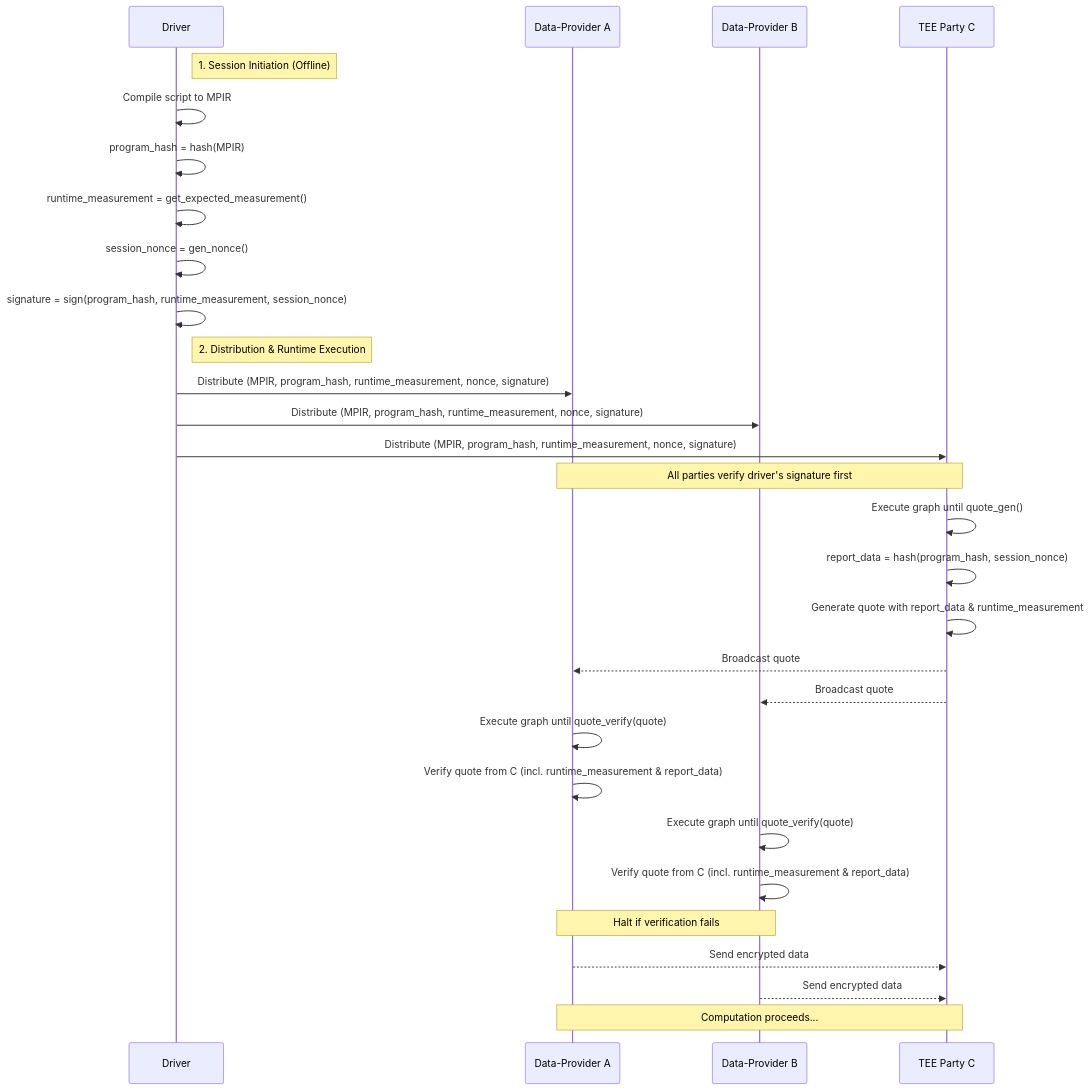
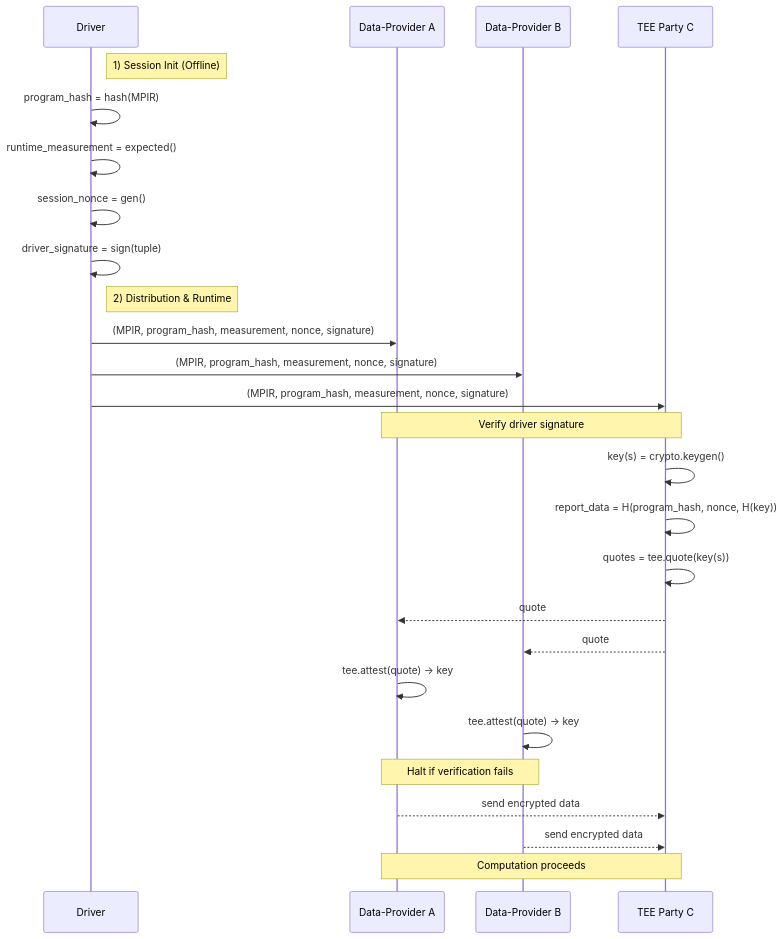
The diagram in design/tee_design.md (secretflow/mplang), drawn with Mermaid before and after one commit. The commit also changed other lines of this file and 10 other files, not shown here.

First line of the commit message:
feat: Implement TEE v2 API with mock attestation and crypto functions

````diff
--- a/design/tee_design.md
+++ b/design/tee_design.md
@@ -73,40 +80,37 @@
 ```mermaid
 sequenceDiagram
-    participant Driver
-    participant A as Data-Provider A
-    participant B as Data-Provider B
-    participant C as TEE Party C
+        participant Driver
+        participant A as Data-Provider A
+        participant B as Data-Provider B
+        participant C as TEE Party C
 
-    note right of Driver: 1. Session Initiation (Offline)
-    Driver->>Driver: Compile script to MPIR
-    Driver->>Driver: program_hash = hash(MPIR)
-    Driver->>Driver: runtime_measurement = get_expected_measurement()
-    Driver->>Driver: session_nonce = gen_nonce()
-    Driver->>Driver: signature = sign(program_hash, runtime_measurement, session_nonce)
+        note right of Driver: 1) Session Init (Offline)
+        Driver->>Driver: program_hash = hash(MPIR)
+        Driver->>Driver: runtime_measurement = expected()
+        Driver->>Driver: session_nonce = gen()
+        Driver->>Driver: driver_signature = sign(tuple)
 
-    note right of Driver: 2. Distribution & Runtime Execution
-    Driver->>A: Distribute (MPIR, program_hash, runtime_measurement, nonce, signature)
-    Driver->>B: Distribute (MPIR, program_hash, runtime_measurement, nonce, signature)
-    Driver->>C: Distribute (MPIR, program_hash, runtime_measurement, nonce, signature)
+        note right of Driver: 2) Distribution & Runtime
+        Driver->>A: (MPIR, program_hash, measurement, nonce, signature)
+        Driver->>B: (MPIR, program_hash, measurement, nonce, signature)
+        Driver->>C: (MPIR, program_hash, measurement, nonce, signature)
 
-    note over A, C: All parties verify driver's signature first
+        note over A, C: Verify driver signature
 
-    C->>C: Execute graph until quote_gen()
-    C->>C: report_data = hash(program_hash, session_nonce)
-    C->>C: Generate quote with report_data & runtime_measurement
+        C->>C: key(s) = crypto.keygen()
+        C->>C: report_data = H(program_hash, nonce, H(key))
+        C->>C: quotes = tee.quote(key(s))
 
-    C-->>A: Broadcast quote
-    C-->>B: Broadcast quote
+        C-->>A: quote
+        C-->>B: quote
 
-    A->>A: Execute graph until quote_verify(quote)
-    A->>A: Verify quote from C (incl. runtime_measurement & report_data)
-    B->>B: Execute graph until quote_verify(quote)
-    B->>B: Verify quote from C (incl. runtime_measurement & report_data)
+        A->>A: tee.attest(quote) -> key
+        B->>B: tee.attest(quote) -> key
 
-    note over A, B: Halt if verification fails
+        note over A, B: Halt if verification fails
 
-    A-->>C: Send encrypted data
-    B-->>C: Send encrypted data
+        A-->>C: send encrypted data
+        B-->>C: send encrypted data
 
-    note over A, C: Computation proceeds...
+        note over A, C: Computation proceeds
 ```
````
